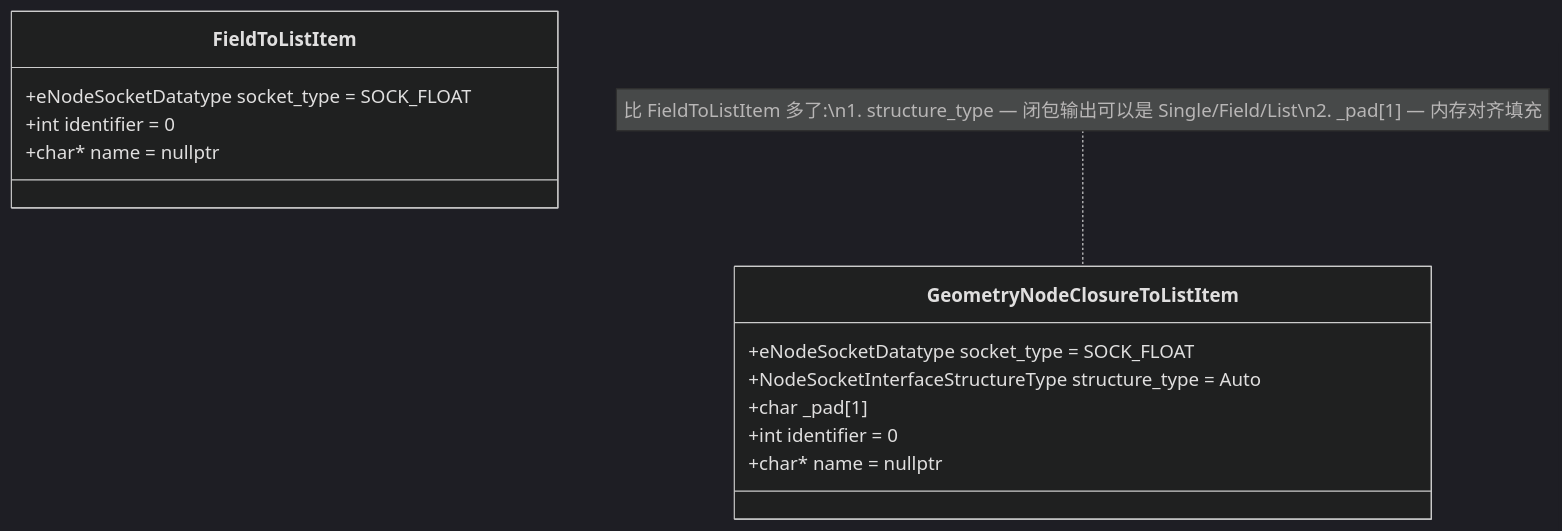
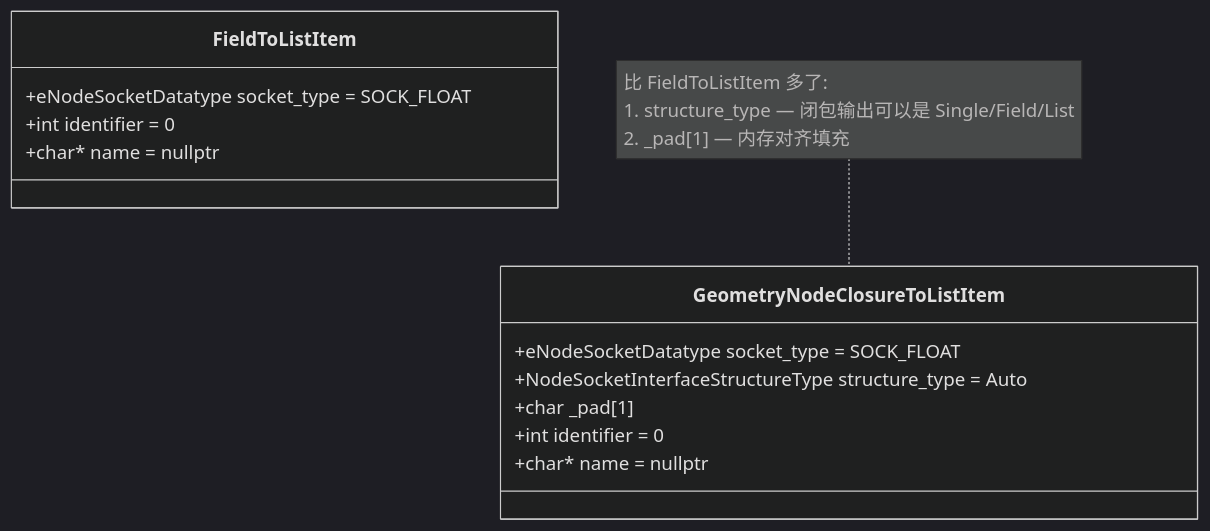
The third of 34 diagrams in 杂/markdown/几何节点-列表/09-ClosureToList节点.md (yunkezengren/blender-.vscode), drawn with Mermaid (dark theme) before and after one commit. The commit also changed other lines of this file and 1 other file, not shown here.

````diff
--- a/杂/markdown/几何节点-列表/09-ClosureToList节点.md
+++ b/杂/markdown/几何节点-列表/09-ClosureToList节点.md
@@ -205,18 +210,18 @@
 ```mermaid
 classDiagram
     class GeometryNodeClosureToListItem {
         +eNodeSocketDatatype socket_type = SOCK_FLOAT
         +NodeSocketInterfaceStructureType structure_type = Auto
         +char _pad[1]
         +int identifier = 0
         +char* name = nullptr
     }
 
     class FieldToListItem {
         +eNodeSocketDatatype socket_type = SOCK_FLOAT
         +int identifier = 0
         +char* name = nullptr
     }
 
-    note for GeometryNodeClosureToListItem "比 FieldToListItem 多了:\n1. structure_type — 闭包输出可以是 Single/Field/List\n2. _pad[1] — 内存对齐填充"
+    note for GeometryNodeClosureToListItem "比 FieldToListItem 多了:<br/>1. structure_type — 闭包输出可以是 Single/Field/List <br/> 2. _pad[1] — 内存对齐填充"
 ```
````
